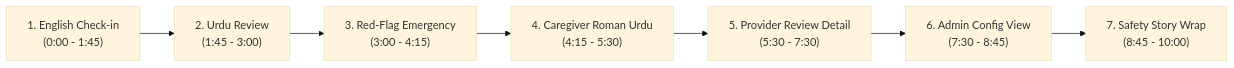
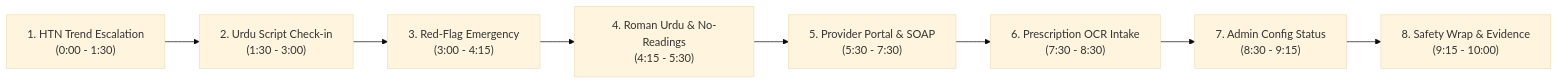
One commit to UsmanBari/ChronicCare-AI changed the diagram in DEMO_SCRIPT.md. Above: the diagram before and after it, drawn with Mermaid (base theme). The commit also changed other lines of this file and 8 other files, not shown here.

````diff
--- a/DEMO_SCRIPT.md
+++ b/DEMO_SCRIPT.md
@@ -51,9 +42,10 @@
 ```mermaid
 flowchart LR
-    Scene1["1. English Check-in<br>(0:00 - 1:45)"] --> Scene2["2. Urdu Review<br>(1:45 - 3:00)"]
+    Scene1["1. HTN Trend Escalation<br>(0:00 - 1:30)"] --> Scene2["2. Urdu Script Check-in<br>(1:30 - 3:00)"]
     Scene2 --> Scene3["3. Red-Flag Emergency<br>(3:00 - 4:15)"]
-    Scene3 --> Scene4["4. Caregiver Roman Urdu<br>(4:15 - 5:30)"]
-    Scene4 --> Scene5["5. Provider Review Detail<br>(5:30 - 7:30)"]
-    Scene5 --> Scene6["6. Admin Config View<br>(7:30 - 8:45)"]
-    Scene6 --> Scene7["7. Safety Story Wrap<br>(8:45 - 10:00)"]
+    Scene3 --> Scene4["4. Roman Urdu & No-Readings<br>(4:15 - 5:30)"]
+    Scene4 --> Scene5["5. Provider Portal & SOAP<br>(5:30 - 7:30)"]
+    Scene5 --> Scene6["6. Prescription OCR Intake<br>(7:30 - 8:30)"]
+    Scene6 --> Scene7["7. Admin Config Status<br>(8:30 - 9:15)"]
+    Scene7 --> Scene8["8. Safety Wrap & Evidence<br>(9:15 - 10:00)"]
 ```
````
